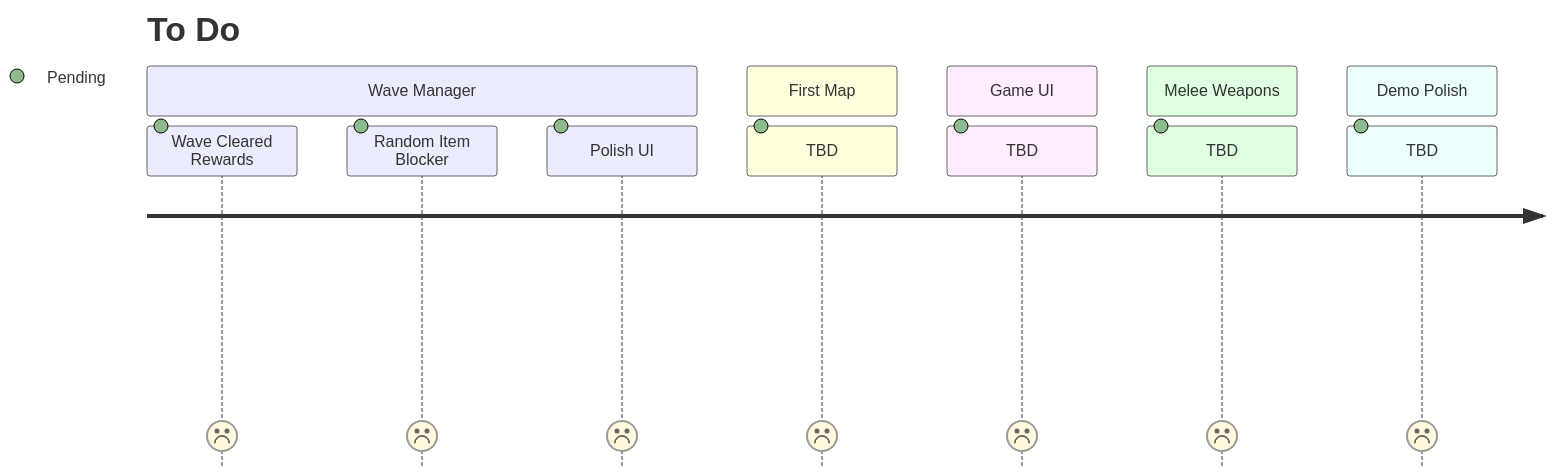
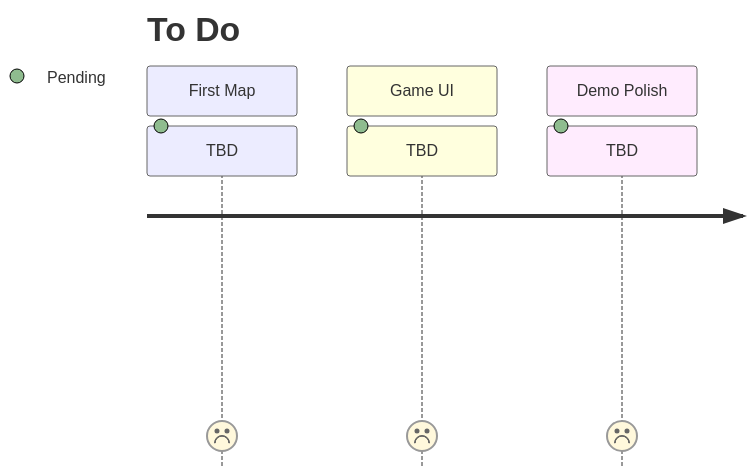
The second of 12 diagrams in README.md (salmonsimon/EvilSuitcase4), drawn with Mermaid before and after one commit. The commit also changed other lines of this file, not shown here.

````diff
--- a/README.md
+++ b/README.md
@@ -66,22 +74,12 @@
 ```mermaid 
   journey
     title To Do
-    
-    section Wave Manager
-        Wave Cleared Rewards: 1: Pending
-        Random Item Blocker: 1: Pending
-        Polish UI: 1: Pending
-        
     section First Map
         TBD: 1: Pending
         
     section Game UI
         TBD: 1: Pending
         
-    section Melee Weapons
-        TBD: 1: Pending
-        
     section Demo Polish
         TBD: 1: Pending
-    
 ```
````
